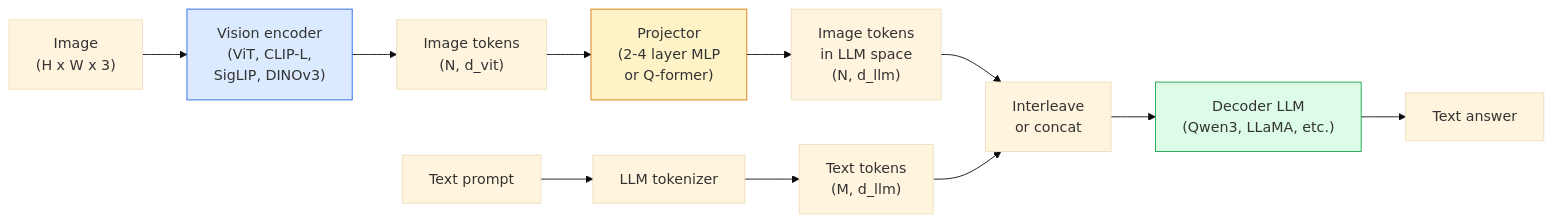
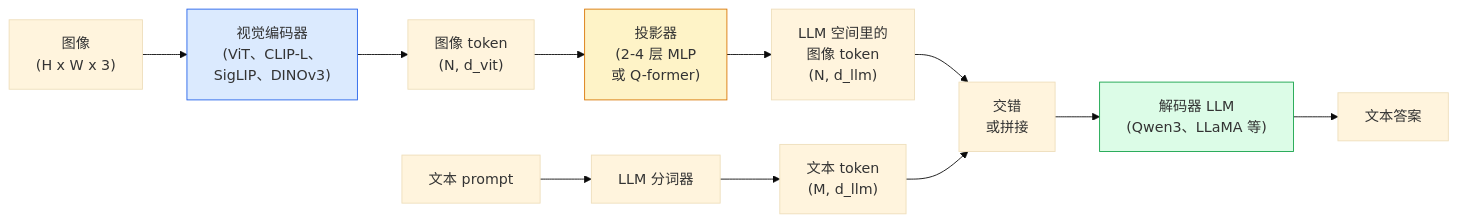
The diagram in phases/04-computer-vision/25-vision-language-models/docs/en.md (alessandrodinisio-ai/ai-engineering-learning-framework), drawn with Mermaid (base theme) before and after one commit. The commit also changed other lines of this file and 443 other files, not shown here.

First line of the commit message:
feat(zh): 完成 435 节课程文档 + README/ROADMAP/术语表 + 网站 UI 全量中文化

````diff
--- a/phases/04-computer-vision/25-vision-language-models/docs/en.md
+++ b/phases/04-computer-vision/25-vision-language-models/docs/en.md
@@ -29,17 +29,17 @@
 ```mermaid
 flowchart LR
-    IMG["Image<br/>(H x W x 3)"] --> ViT["Vision encoder<br/>(ViT, CLIP-L,<br/>SigLIP, DINOv3)"]
-    ViT --> FEATS["Image tokens<br/>(N, d_vit)"]
-    FEATS --> PROJ["Projector<br/>(2-4 layer MLP<br/>or Q-former)"]
-    PROJ --> VTOK["Image tokens<br/>in LLM space<br/>(N, d_llm)"]
-    TXT["Text prompt"] --> TOK["LLM tokenizer"]
-    TOK --> TTOK["Text tokens<br/>(M, d_llm)"]
-    VTOK --> CONCAT["Interleave<br/>or concat"]
+    IMG["图像<br/>(H x W x 3)"] --> ViT["视觉编码器<br/>(ViT、CLIP-L、<br/>SigLIP、DINOv3)"]
+    ViT --> FEATS["图像 token<br/>(N, d_vit)"]
+    FEATS --> PROJ["投影器<br/>(2-4 层 MLP<br/>或 Q-former)"]
+    PROJ --> VTOK["LLM 空间里的<br/>图像 token<br/>(N, d_llm)"]
+    TXT["文本 prompt"] --> TOK["LLM 分词器"]
+    TOK --> TTOK["文本 token<br/>(M, d_llm)"]
+    VTOK --> CONCAT["交错<br/>或拼接"]
     TTOK --> CONCAT
-    CONCAT --> LLM["Decoder LLM<br/>(Qwen3, LLaMA, etc.)"]
-    LLM --> OUT["Text answer"]
+    CONCAT --> LLM["解码器 LLM<br/>(Qwen3、LLaMA 等)"]
+    LLM --> OUT["文本答案"]
 
     style ViT fill:#dbeafe,stroke:#2563eb
     style PROJ fill:#fef3c7,stroke:#d97706
     style LLM fill:#dcfce7,stroke:#16a34a
 ```
````
